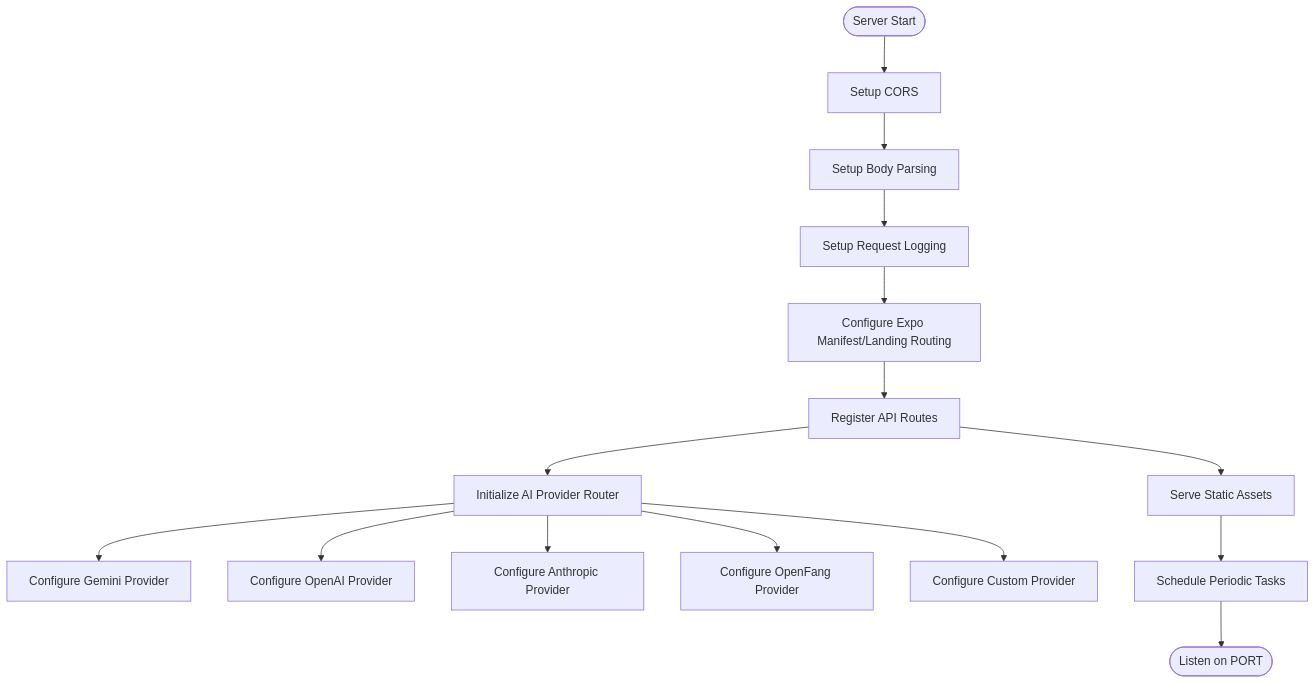
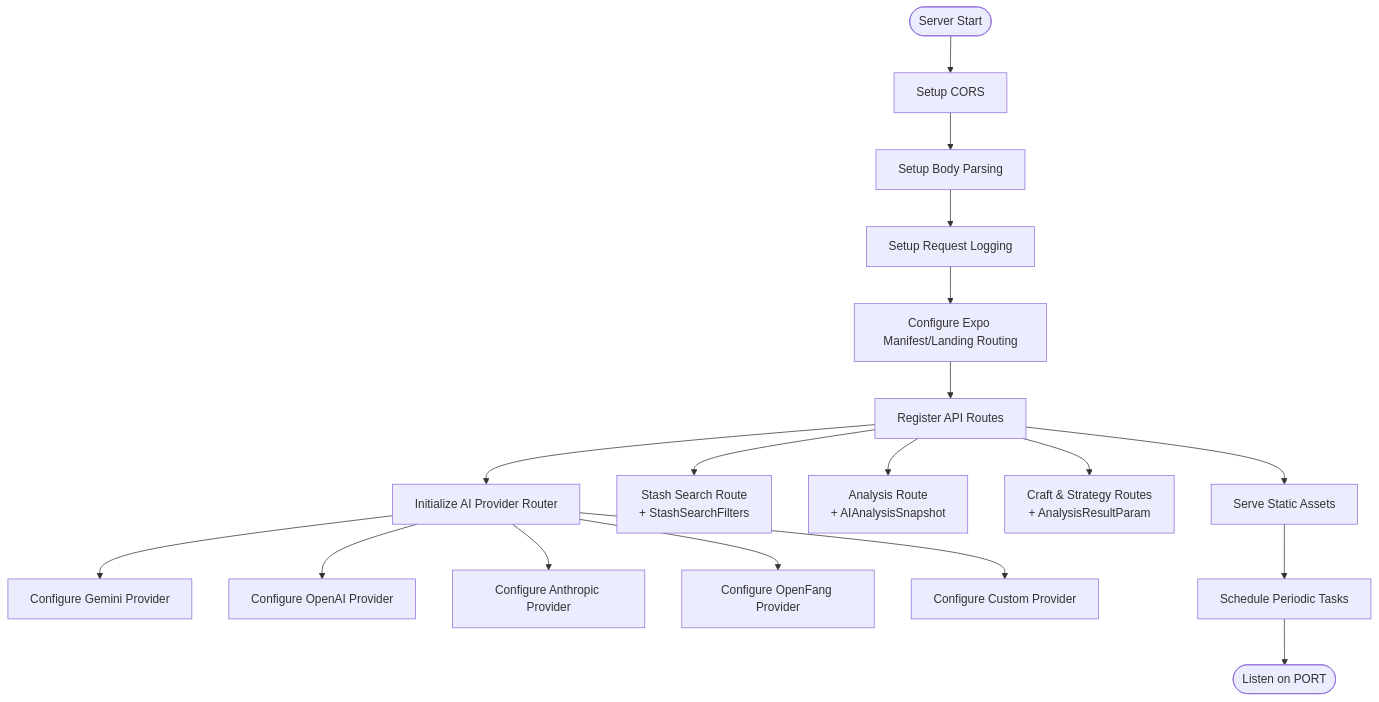
One commit to hunglevi87/Hidden-Gem changed the fifth of 10 diagrams in .qoder/repowiki/en/content/Frontend Application/Development Workflow.md. Above: the diagram before and after it, drawn with Mermaid. The commit also changed other lines of this file and 14 other files, not shown here.

````diff
--- a/.qoder/repowiki/en/content/Frontend Application/Development Workflow.md
+++ b/.qoder/repowiki/en/content/Frontend Application/Development Workflow.md
@@ -281,17 +313,20 @@
 ```mermaid
 flowchart TD
 Start(["Server Start"]) --> CORS["Setup CORS"]
 CORS --> Body["Setup Body Parsing"]
 Body --> Log["Setup Request Logging"]
 Log --> ExpoRoute["Configure Expo Manifest/Landing Routing"]
 ExpoRoute --> Routes["Register API Routes"]
 Routes --> AIRouter["Initialize AI Provider Router"]
 AIRouter --> Gemini["Configure Gemini Provider"]
 AIRouter --> OpenAI["Configure OpenAI Provider"]
 AIRouter --> Anthropic["Configure Anthropic Provider"]
 AIRouter --> OpenFang["Configure OpenFang Provider"]
 AIRouter --> Custom["Configure Custom Provider"]
+Routes --> SearchRoute["Stash Search Route<br/>+ StashSearchFilters"]
+Routes --> AnalysisRoute["Analysis Route<br/>+ AIAnalysisSnapshot"]
+Routes --> CraftRoute["Craft & Strategy Routes<br/>+ AnalysisResultParam"]
 Routes --> Serve["Serve Static Assets"]
 Serve --> Schedule["Schedule Periodic Tasks"]
 Schedule --> Listen(["Listen on PORT"])
 ```
````
